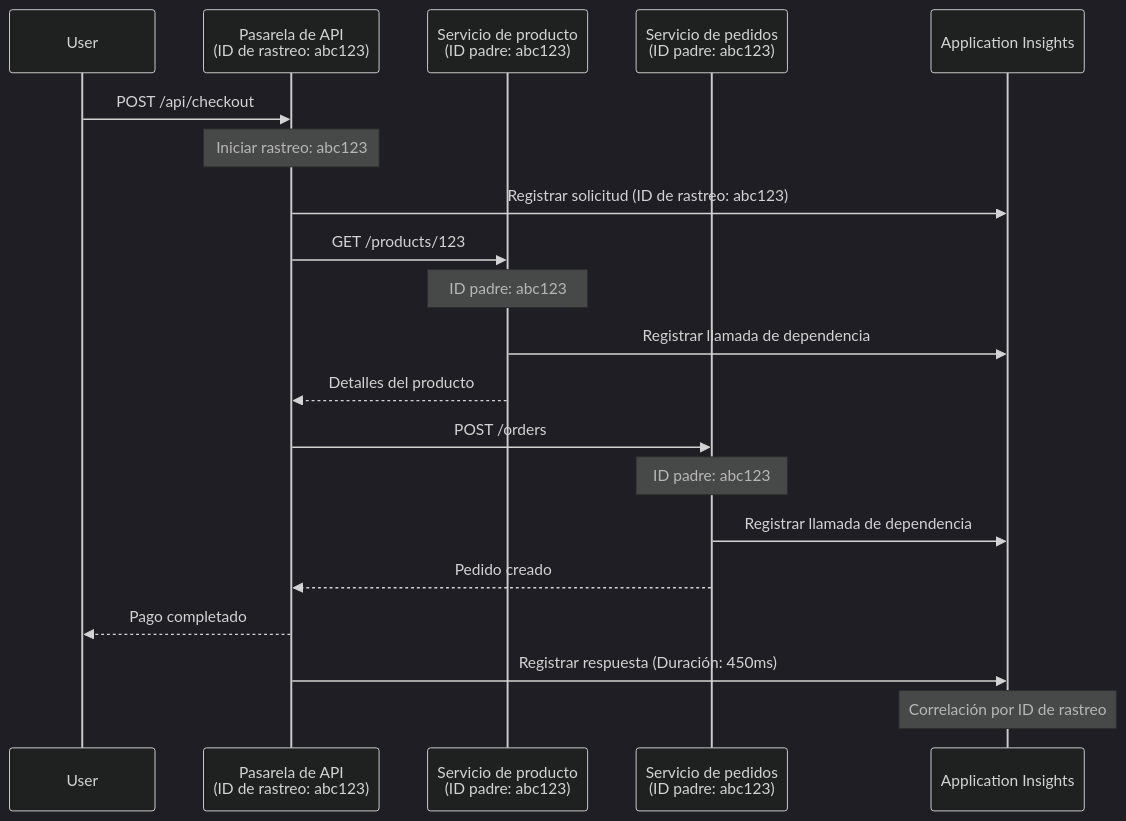
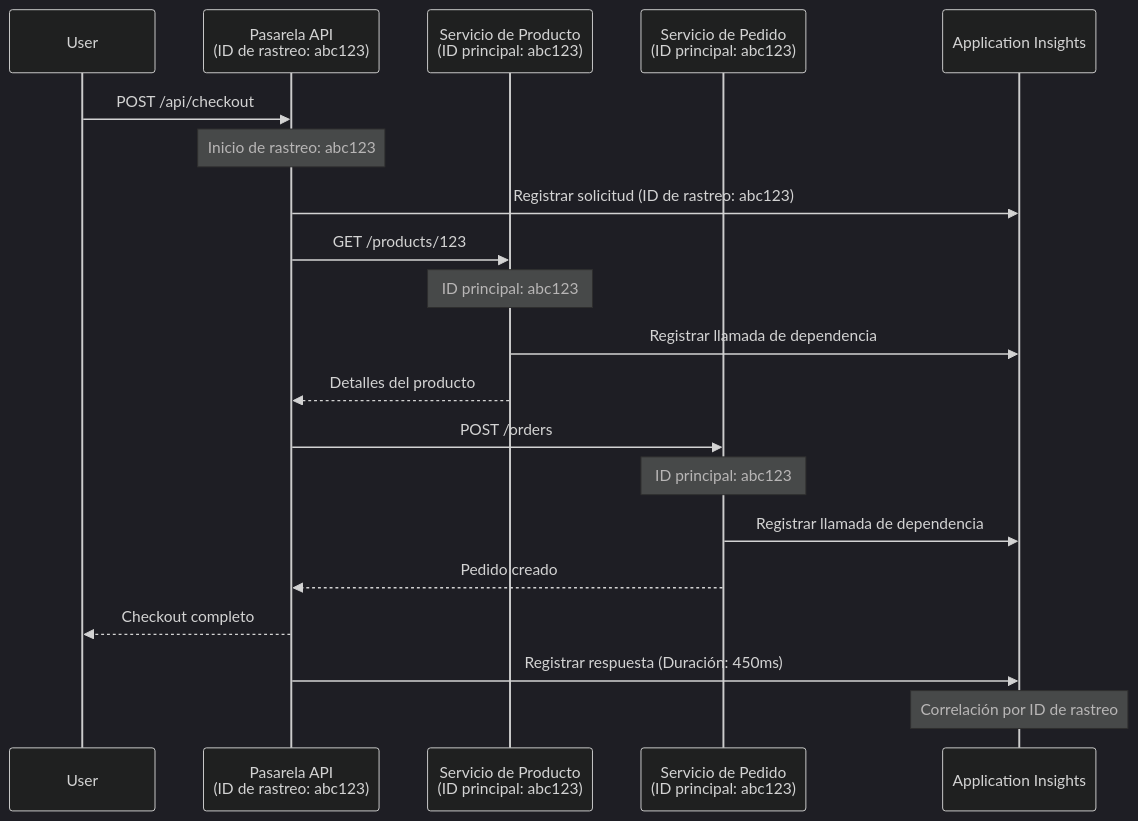
The second of 2 diagrams in translations/es/docs/chapter-06-pre-deployment/application-insights.md (microsoft/AZD-for-beginners), drawn with Mermaid (dark theme) before and after one commit. The commit also changed other lines of this file and 101 other files, not shown here.

````diff
--- a/translations/es/docs/chapter-06-pre-deployment/application-insights.md
+++ b/translations/es/docs/chapter-06-pre-deployment/application-insights.md
@@ -744,27 +744,27 @@
 ```mermaid
 sequenceDiagram
     participant User
-    participant Gateway as Pasarela de API<br/>(ID de rastreo: abc123)
-    participant Product as Servicio de producto<br/>(ID padre: abc123)
-    participant Order as Servicio de pedidos<br/>(ID padre: abc123)
+    participant Gateway as Pasarela API<br/>(ID de rastreo: abc123)
+    participant Product as Servicio de Producto<br/>(ID principal: abc123)
+    participant Order as Servicio de Pedido<br/>(ID principal: abc123)
     participant AppInsights as Application Insights
     
     User->>Gateway: POST /api/checkout
-    Note over Gateway: Iniciar rastreo: abc123
+    Note over Gateway: Inicio de rastreo: abc123
     Gateway->>AppInsights: Registrar solicitud (ID de rastreo: abc123)
     
     Gateway->>Product: GET /products/123
-    Note over Product: ID padre: abc123
+    Note over Product: ID principal: abc123
     Product->>AppInsights: Registrar llamada de dependencia
     Product-->>Gateway: Detalles del producto
     
     Gateway->>Order: POST /orders
-    Note over Order: ID padre: abc123
+    Note over Order: ID principal: abc123
     Order->>AppInsights: Registrar llamada de dependencia
     Order-->>Gateway: Pedido creado
     
-    Gateway-->>User: Pago completado
+    Gateway-->>User: Checkout completo
     Gateway->>AppInsights: Registrar respuesta (Duración: 450ms)
     
     Note over AppInsights: Correlación por ID de rastreo
 ```
````
